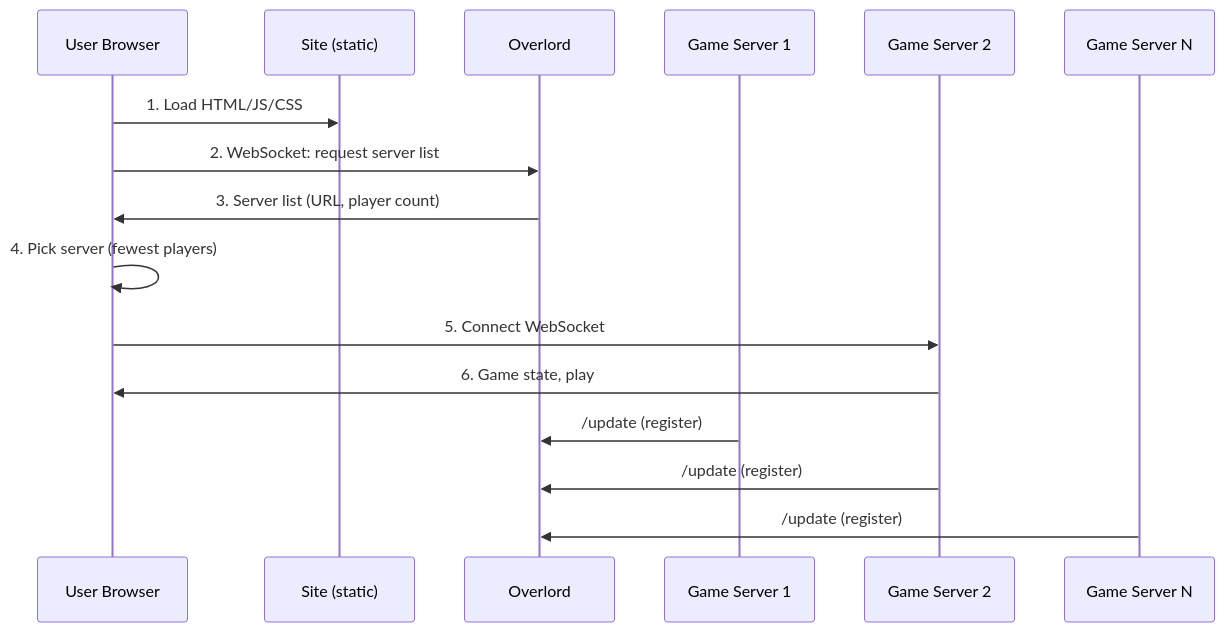
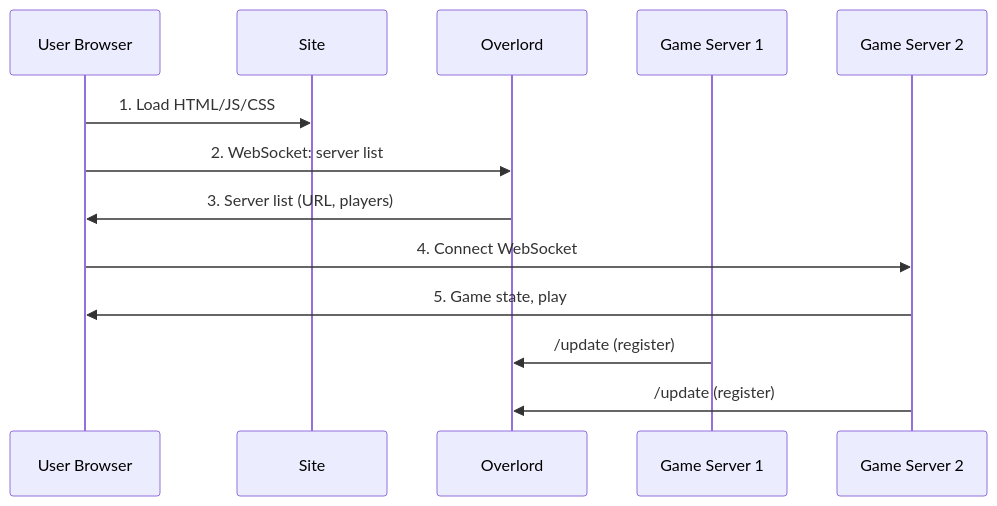
Before and after one commit to vbo/mmorms: the diagram in README.md, drawn with Mermaid. The commit also changed other lines of this file, not shown here.

Commit message:
diagram update

````diff
--- a/README.md
+++ b/README.md
@@ -14,19 +14,16 @@
 ```mermaid
 sequenceDiagram
     participant U as User Browser
-    participant S as Site (static)
+    participant S as Site
     participant O as Overlord
     participant G1 as Game Server 1
     participant G2 as Game Server 2
-    participant GN as Game Server N
 
     U->>S: 1. Load HTML/JS/CSS
-    U->>O: 2. WebSocket: request server list
-    O->>U: 3. Server list (URL, player count)
-    U->>U: 4. Pick server (fewest players)
-    U->>G2: 5. Connect WebSocket
-    G2->>U: 6. Game state, play
+    U->>O: 2. WebSocket: server list
+    O->>U: 3. Server list (URL, players)
+    U->>G2: 4. Connect WebSocket
+    G2->>U: 5. Game state, play
     G1->>O: /update (register)
     G2->>O: /update (register)
-    GN->>O: /update (register)
 ```
````
